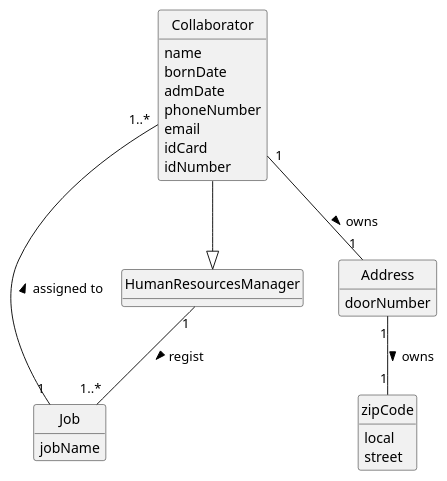
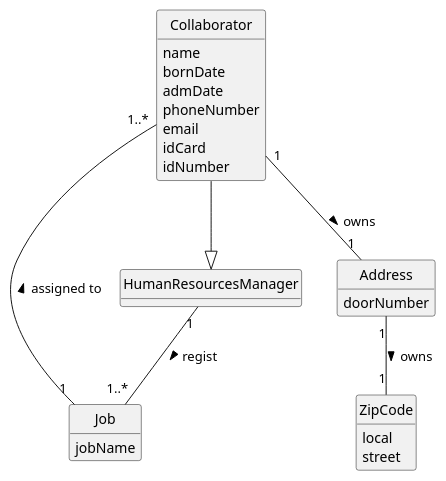
One commit to 1231360-ISEP/lei-24-s2-1db-g021 changed the diagram in docs/sprint2/us003/02.analysis/puml/us003-domain-model.puml. Above: the diagram before and after it, drawn with PlantUML. The commit also changed 14 other files, not shown here.

Commit message:
Update Domain Model All User Stories - correction of class ZipCode

```diff
--- a/docs/sprint2/us003/02.analysis/puml/us003-domain-model.puml
+++ b/docs/sprint2/us003/02.analysis/puml/us003-domain-model.puml
@@ -1,43 +1,43 @@
 @startuml
 skinparam monochrome true
 skinparam packageStyle rectangle
 skinparam shadowing false
 
 skinparam classAttributeIconSize 0
 
 hide circle
 hide methods
 
 class HumanResourcesManager {}
 
 class Collaborator {
     name
     bornDate
     admDate
     phoneNumber
     email
     idCard
     idNumber
 }
 
 class Job {
     jobName
 }
 
 class Address {
     doorNumber
 }
 
-class zipCode {
+class ZipCode {
     local
     street
 }
 
 
 Collaborator --|> HumanResourcesManager
 Collaborator "1..*" - "1" Job: assigned to <
 HumanResourcesManager "1" -- "1..*" Job : regist >
 Collaborator "1" -- "1" Address: owns >
-Address "1" -- "1" zipCode : owns >
+Address "1" -- "1" ZipCode : owns >
 
 @enduml
```
